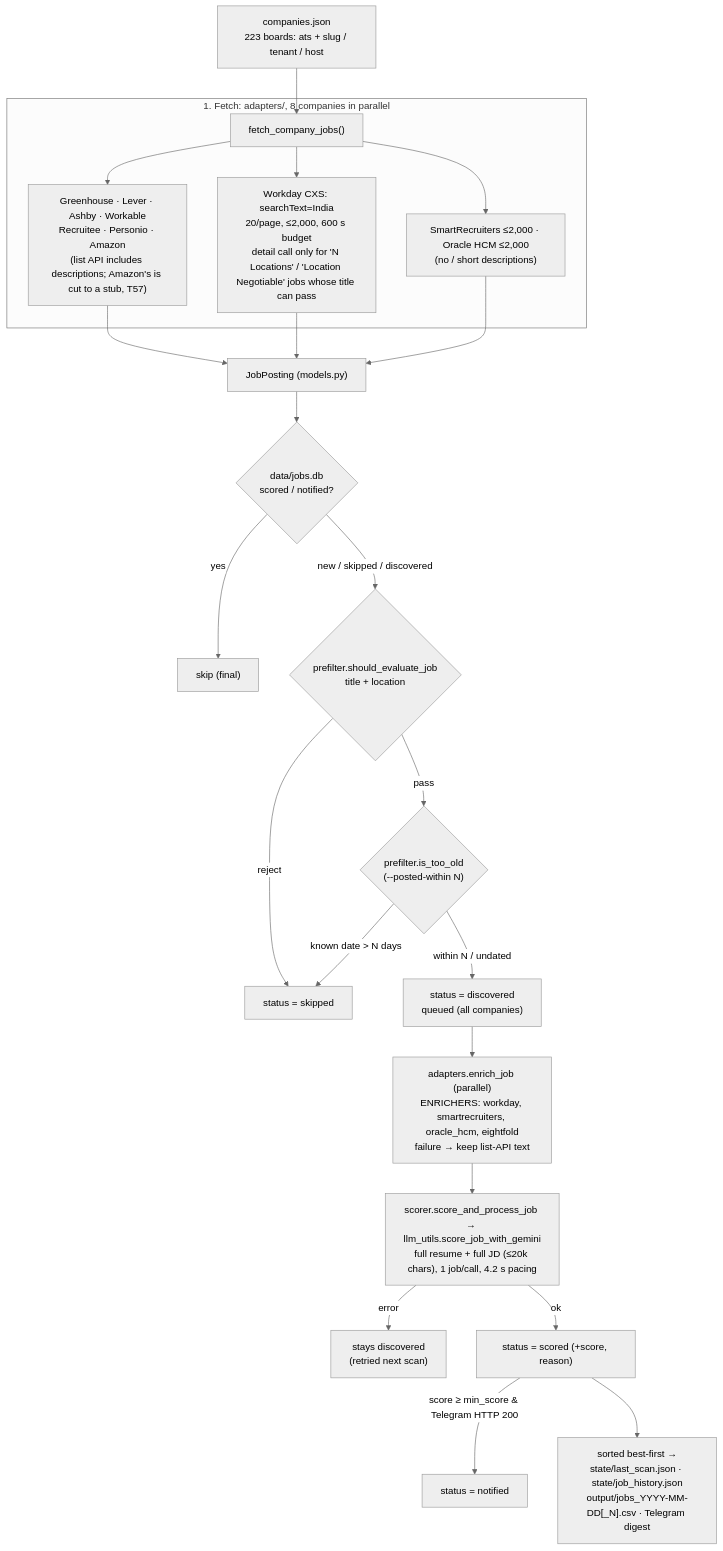
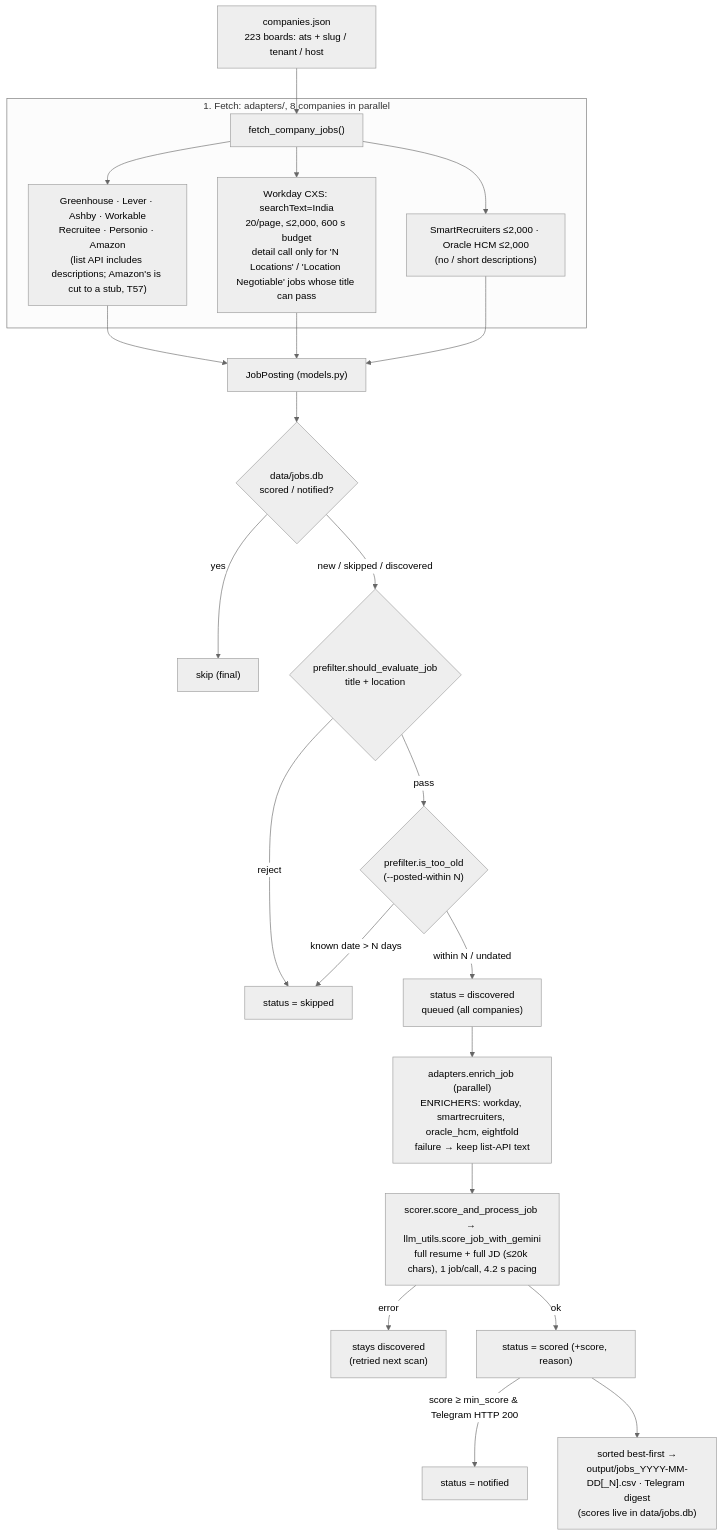
One commit to Manish814142/rolesight changed the diagram in ARCHITECTURE.md. Above: the diagram before and after it, drawn with Mermaid (neutral theme). The commit also changed other lines of this file and 17 other files, not shown here.

First line of the commit message:
T34: retire the JSON state files; data/jobs.db is the one record

````diff
--- a/ARCHITECTURE.md
+++ b/ARCHITECTURE.md
@@ -19,25 +19,25 @@
 ```mermaid
 flowchart TD
     COMP["companies.json<br/>223 boards: ats + slug / tenant / host"] --> FETCH
     subgraph Fetch ["1. Fetch: adapters/, 8 companies in parallel"]
         FETCH["fetch_company_jobs()"] --> LISTAPI["Greenhouse · Lever · Ashby · Workable<br/>Recruitee · Personio · Amazon<br/>(list API includes descriptions; Amazon's is cut to a stub, T57)"]
         FETCH --> WD["Workday CXS: searchText=India<br/>20/page, ≤2,000, 600 s budget<br/>detail call only for 'N Locations' / 'Location Negotiable' jobs whose title can pass"]
         FETCH --> SROH["SmartRecruiters ≤2,000 · Oracle HCM ≤2,000<br/>(no / short descriptions)"]
     end
     LISTAPI --> JP["JobPosting (models.py)"]
     WD --> JP
     SROH --> JP
     JP --> DEDUP{"data/jobs.db<br/>scored / notified?"}
     DEDUP -- yes --> SKIPF["skip (final)"]
     DEDUP -- "new / skipped / discovered" --> PF{"prefilter.should_evaluate_job<br/>title + location"}
     PF -- reject --> SKIPPED["status = skipped"]
     PF -- pass --> AGE{"prefilter.is_too_old<br/>(--posted-within N)"}
     AGE -- "known date > N days" --> SKIPPED
     AGE -- "within N / undated" --> QUEUE["status = discovered<br/>queued (all companies)"]
     QUEUE --> ENRICH["adapters.enrich_job (parallel)<br/>ENRICHERS: workday, smartrecruiters, oracle_hcm, eightfold<br/>failure → keep list-API text"]
     ENRICH --> SCORE["scorer.score_and_process_job → llm_utils.score_job_with_gemini<br/>full resume + full JD (≤20k chars), 1 job/call, 4.2 s pacing"]
     SCORE -- error --> DISC["stays discovered<br/>(retried next scan)"]
     SCORE -- ok --> SCORED["status = scored (+score, reason)"]
     SCORED -- "score ≥ min_score & Telegram HTTP 200" --> NOTIFIED["status = notified"]
-    SCORED --> OUT["sorted best-first →<br/>state/last_scan.json · state/job_history.json<br/>output/jobs_YYYY-MM-DD[_N].csv · Telegram digest"]
+    SCORED --> OUT["sorted best-first →<br/>output/jobs_YYYY-MM-DD[_N].csv · Telegram digest<br/>(scores live in data/jobs.db)"]
 ```
````
